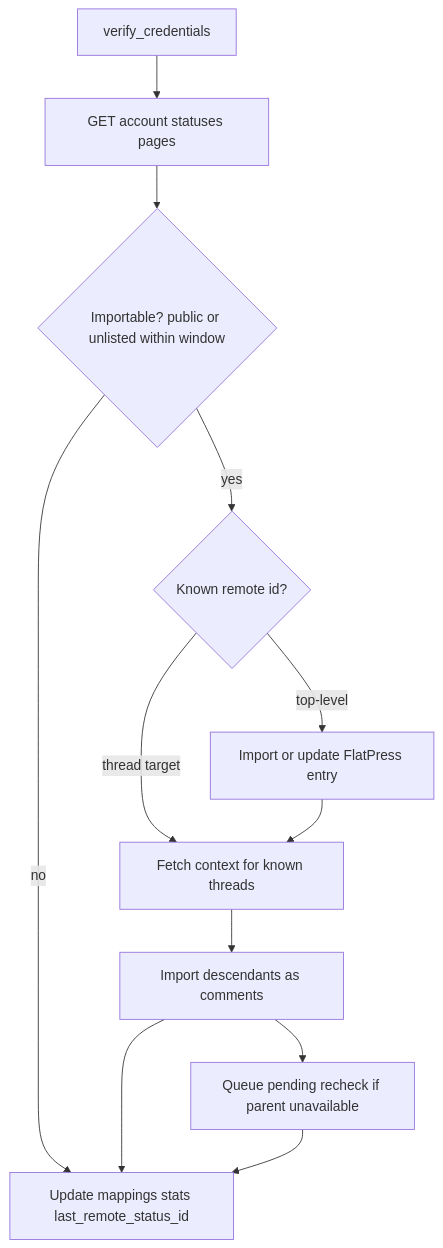
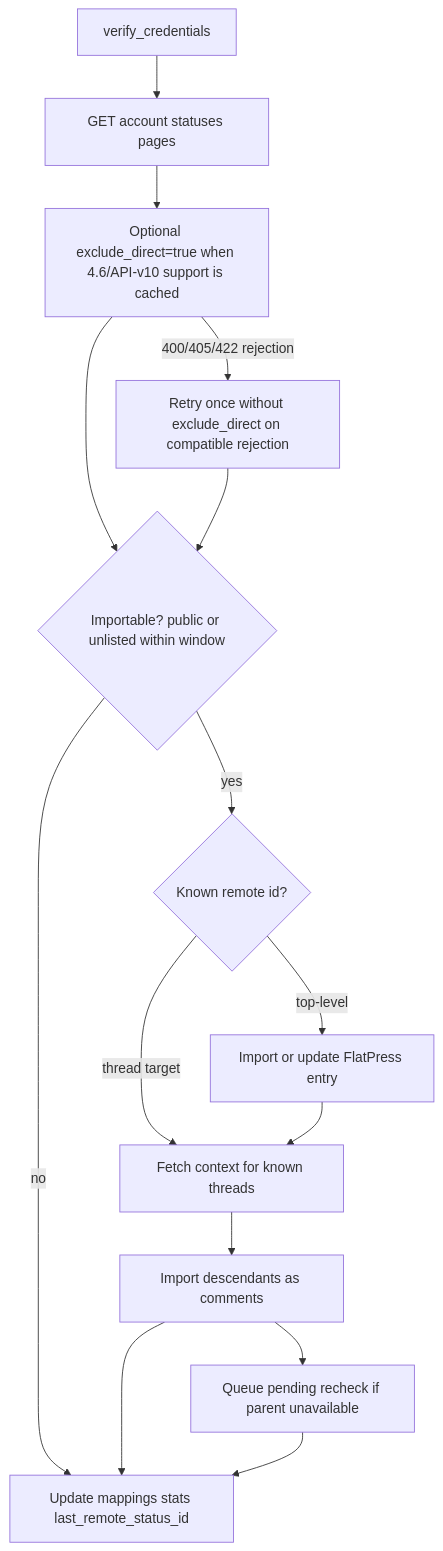
Before and after one commit to flatpressblog/flatpress: the fourth of 8 diagrams in fp-plugins/mastodon/developer-docs/01-Process-Map.md, drawn with Mermaid. The commit also changed other lines of this file and 27 other files, not shown here.

````diff
--- a/fp-plugins/mastodon/developer-docs/01-Process-Map.md
+++ b/fp-plugins/mastodon/developer-docs/01-Process-Map.md
@@ -102,24 +148,27 @@
 ```mermaid
 flowchart TD
     Verify[verify_credentials]
     Pages[GET account statuses pages]
+    Direct[Optional exclude_direct=true when 4.6/API-v10 support is cached]
+    DirectFallback[Retry once without exclude_direct on compatible rejection]
     Filter{Importable? public or unlisted within window}
     Known{Known remote id?}
     Entry[Import or update FlatPress entry]
     Context[Fetch context for known threads]
     Desc[Import descendants as comments]
     Recheck[Queue pending recheck if parent unavailable]
     State[Update mappings stats last_remote_status_id]
 
-    Verify --> Pages
-    Pages --> Filter
+    Verify --> Pages --> Direct
+    Direct --> Filter
+    Direct -- 400/405/422 rejection --> DirectFallback --> Filter
     Filter -- no --> State
     Filter -- yes --> Known
     Known -- top-level --> Entry
     Known -- thread target --> Context
     Entry --> Context
     Context --> Desc
     Desc --> Recheck
     Desc --> State
     Recheck --> State
 ```
````
